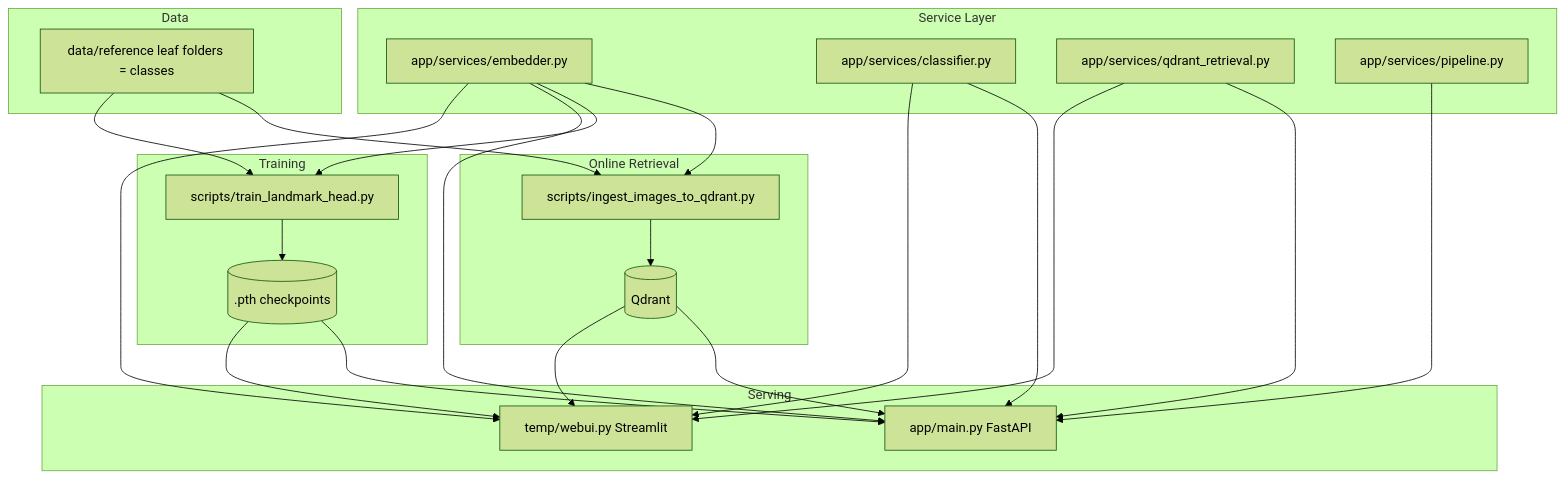
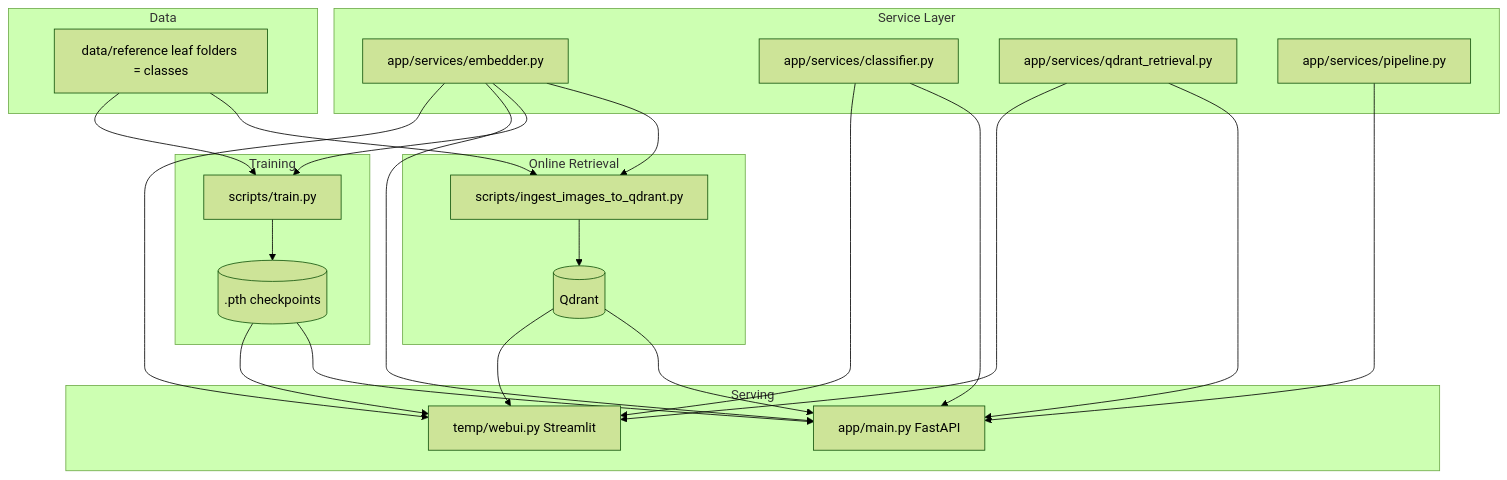
The diagram in README.md (zhengyu89/AITB_Model), drawn with Mermaid (forest theme) before and after one commit. The commit also changed other lines of this file and 2 other files, not shown here.

````diff
--- a/README.md
+++ b/README.md
@@ -7,41 +7,41 @@
 ```mermaid
 flowchart TB
   subgraph data [Data]
     REF[data/reference leaf folders = classes]
   end
   subgraph app [Service Layer]
     DINO[app/services/embedder.py]
     CLS[app/services/classifier.py]
     RET[app/services/qdrant_retrieval.py]
     PIPE[app/services/pipeline.py]
   end
   subgraph online [Online Retrieval]
     ING[scripts/ingest_images_to_qdrant.py]
     QD[(Qdrant)]
     ING --> QD
   end
   subgraph train [Training]
-    TL[scripts/train_landmark_head.py]
+    TL[scripts/train.py]
     PTH[(.pth checkpoints)]
     TL --> PTH
   end
   subgraph serve [Serving]
     API[app/main.py FastAPI]
     WEB[temp/webui.py Streamlit]
   end
   REF --> ING
   REF --> TL
   DINO --> ING
   DINO --> TL
   DINO --> API
   DINO --> WEB
   CLS --> API
   CLS --> WEB
   RET --> API
   RET --> WEB
   PIPE --> API
   QD --> API
   QD --> WEB
   PTH --> API
   PTH --> WEB
 ```
````
